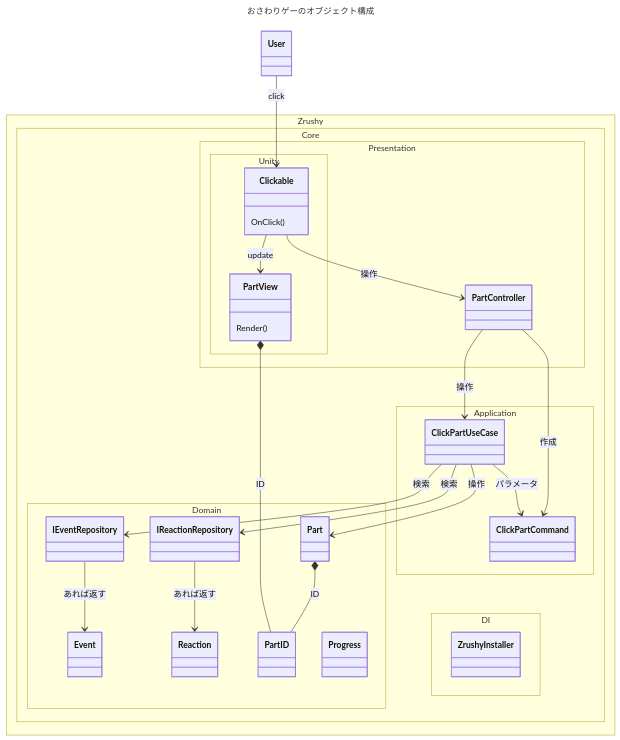
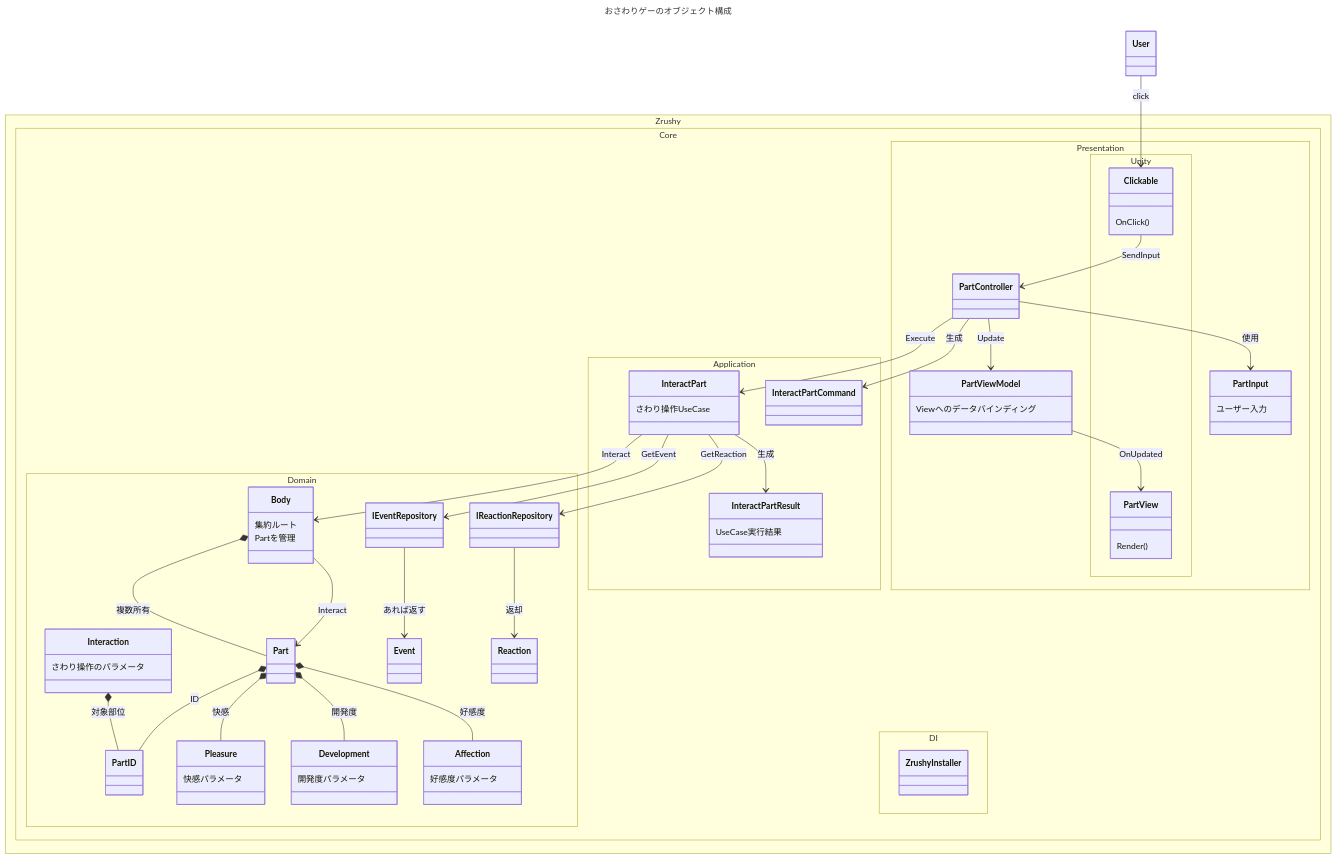
One commit to Yocchi3191/Zrushy changed the diagram in knowledge/architecture/abstruct.md. Above: the diagram before and after it, drawn with Mermaid.

Commit message:
docs: アーキテクチャ設計図の更新
- abstruct.md: オブジェクト構成図を最新の実装に更新
- Body、ValueObject、InteractPartResult、PartViewModelを追加
- フロー図を詳細化（ユーザー操作、コマンド実行、データ取得）

````diff
--- a/knowledge/architecture/abstruct.md
+++ b/knowledge/architecture/abstruct.md
@@ -6,20 +6,46 @@
 ---
 classDiagram
 	namespace Zrushy.Core.Domain {
+		class Body {
+			集約ルート
+			Partを管理
+		}
 		class Part
+		class Interaction {
+			さわり操作のパラメータ
+		}
 		class Event
 		class Reaction
 		class IEventRepository
 		class IReactionRepository
 		class PartID
-		class Progress
+		class Pleasure {
+			快感パラメータ
+		}
+		class Development {
+			開発度パラメータ
+		}
+		class Affection {
+			好感度パラメータ
+		}
 	}
 	namespace Zrushy.Core.Application {
-		class ClickPartUseCase
-		class ClickPartCommand
+		class InteractPart {
+			さわり操作UseCase
+		}
+		class InteractPartCommand
+		class InteractPartResult {
+			UseCase実行結果
+		}
 	}
 	namespace Zrushy.Core.Presentation {
 		class PartController
+		class PartViewModel {
+			Viewへのデータバインディング
+		}
+		class PartInput {
+			ユーザー入力
+		}
 	}
 	namespace Zrushy.Core.Presentation.Unity {
 		class Clickable {
@@ -33,17 +59,31 @@
 		class ZrushyInstaller
 	}
 
+	%% ユーザー操作フロー
 	User --> Clickable : click
-	Clickable --> PartController : 操作
-	Clickable --> PartView : update
-	PartController --> ClickPartCommand : 作成
-	PartController --> ClickPartUseCase : 操作
-	ClickPartUseCase --> Part : 操作
-	ClickPartUseCase --> ClickPartCommand : パラメータ
-	ClickPartUseCase --> IEventRepository : 検索
+	Clickable --> PartController : SendInput
+	PartController --> PartViewModel : Update
+	PartViewModel --> PartView : OnUpdated
+	
+	%% コマンド実行フロー
+	PartController --> PartInput : 使用
+	PartController --> InteractPartCommand : 生成
+	PartController --> InteractPart : Execute
+	InteractPart --> Body : Interact
+	Body --> Part : Interact
+	
+	%% データ取得フロー
+	InteractPart --> IReactionRepository : GetReaction
+	IReactionRepository --> Reaction : 返却
+	InteractPart --> IEventRepository : GetEvent
 	IEventRepository --> Event : あれば返す
-	ClickPartUseCase --> IReactionRepository : 検索
-	IReactionRepository --> Reaction : あれば返す
+	InteractPart --> InteractPartResult : 生成
+	
+	%% 集約・所有関係
+	Body *-- Part : 複数所有
 	Part *-- PartID : ID
-	PartView *-- PartID : ID
+	Part *-- Pleasure : 快感
+	Part *-- Development : 開発度
+	Part *-- Affection : 好感度
+	Interaction *-- PartID : 対象部位
 ```
````
